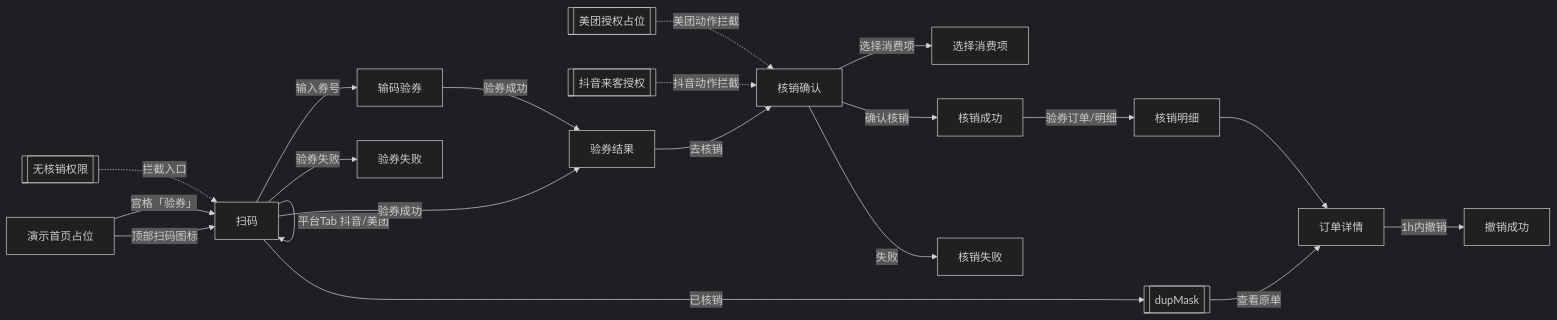
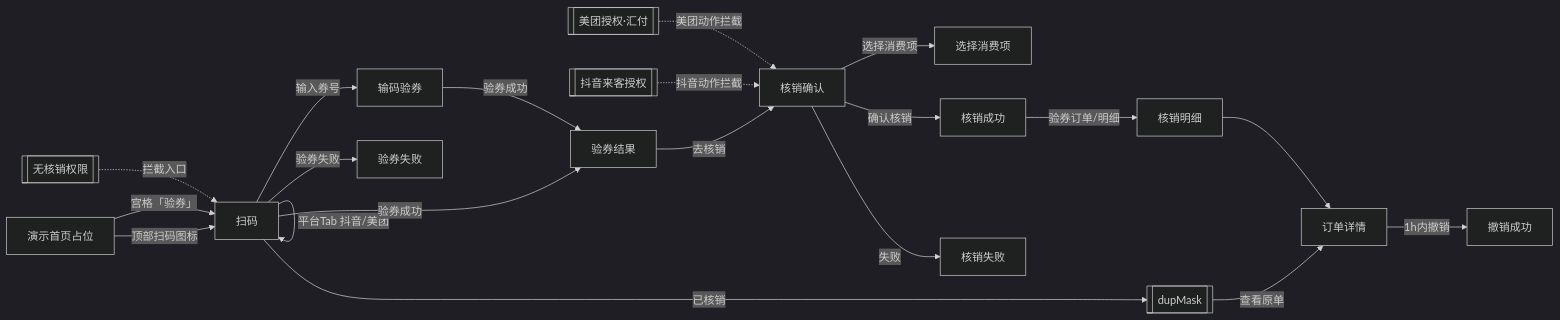
The first of 5 diagrams in PRD-团购核销.md (XDean-Designer/tiktok), drawn with Mermaid (dark theme) before and after one commit. The commit also changed other lines of this file and 5 other files, not shown here.

````diff
--- a/PRD-团购核销.md
+++ b/PRD-团购核销.md
@@ -215,22 +218,22 @@
 ```mermaid
 flowchart LR
   HOME[演示首页占位] -->|顶部扫码图标| SCAN[扫码]
   HOME -->|宫格「验券」| SCAN
   SCAN -->|平台Tab 抖音/美团| SCAN
   SCAN -->|输入券号| INPUT[输码验券]
   SCAN -->|验券成功| RESULT[验券结果]
   INPUT -->|验券成功| RESULT
   RESULT -->|去核销| CONFIRM[核销确认]
   CONFIRM -->|选择消费项| MATCH[选择消费项]
   CONFIRM -->|确认核销| SUCCESS[核销成功]
   CONFIRM -->|失败| FAIL[核销失败]
   SCAN -->|已核销| DUP[[dupMask]]
   DUP -->|查看原单| DETAIL[订单详情]
   SCAN -->|验券失败| VF[验券失败]
   SUCCESS -->|验券订单/明细| ORDERS[核销明细]
   ORDERS --> DETAIL
   DETAIL -->|1h内撤销| ROK[撤销成功]
   NOP[[无核销权限]] -.拦截入口.-> SCAN
   AUTH[[抖音来客授权]] -.抖音动作拦截.-> CONFIRM
-  authMeituan[[美团授权占位]] -.美团动作拦截.-> CONFIRM
+  authMeituan[[美团授权·汇付]] -.美团动作拦截.-> CONFIRM
 ```
````
